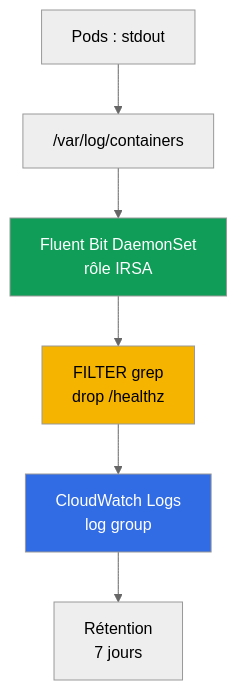
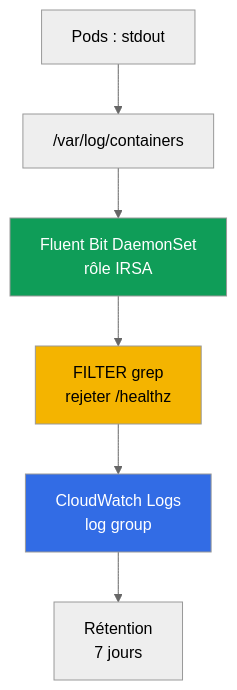
Before and after one commit to ViktorUJ/cks: the first of 2 diagrams in tasks/eks/labs/115/README_FR.MD, drawn with Mermaid (neutral theme). The commit also changed 221 other files, not shown here.

````diff
--- a/tasks/eks/labs/115/README_FR.MD
+++ b/tasks/eks/labs/115/README_FR.MD
@@ -46,13 +46,13 @@
 ```mermaid
 flowchart TB
     app["Pods : stdout"]
     files["/var/log/containers"]
     fb["Fluent Bit DaemonSet<br>rôle IRSA"]
-    filt["FILTER grep<br>drop /healthz"]
+    filt["FILTER grep<br>rejeter /healthz"]
     cw["CloudWatch Logs<br>log group"]
     ret["Rétention<br>7 jours"]
     app --> files --> fb --> filt --> cw --> ret
     style fb fill:#0f9d58,color:#fff
     style filt fill:#f4b400,color:#000
     style cw fill:#326ce5,color:#fff
 ```
````
